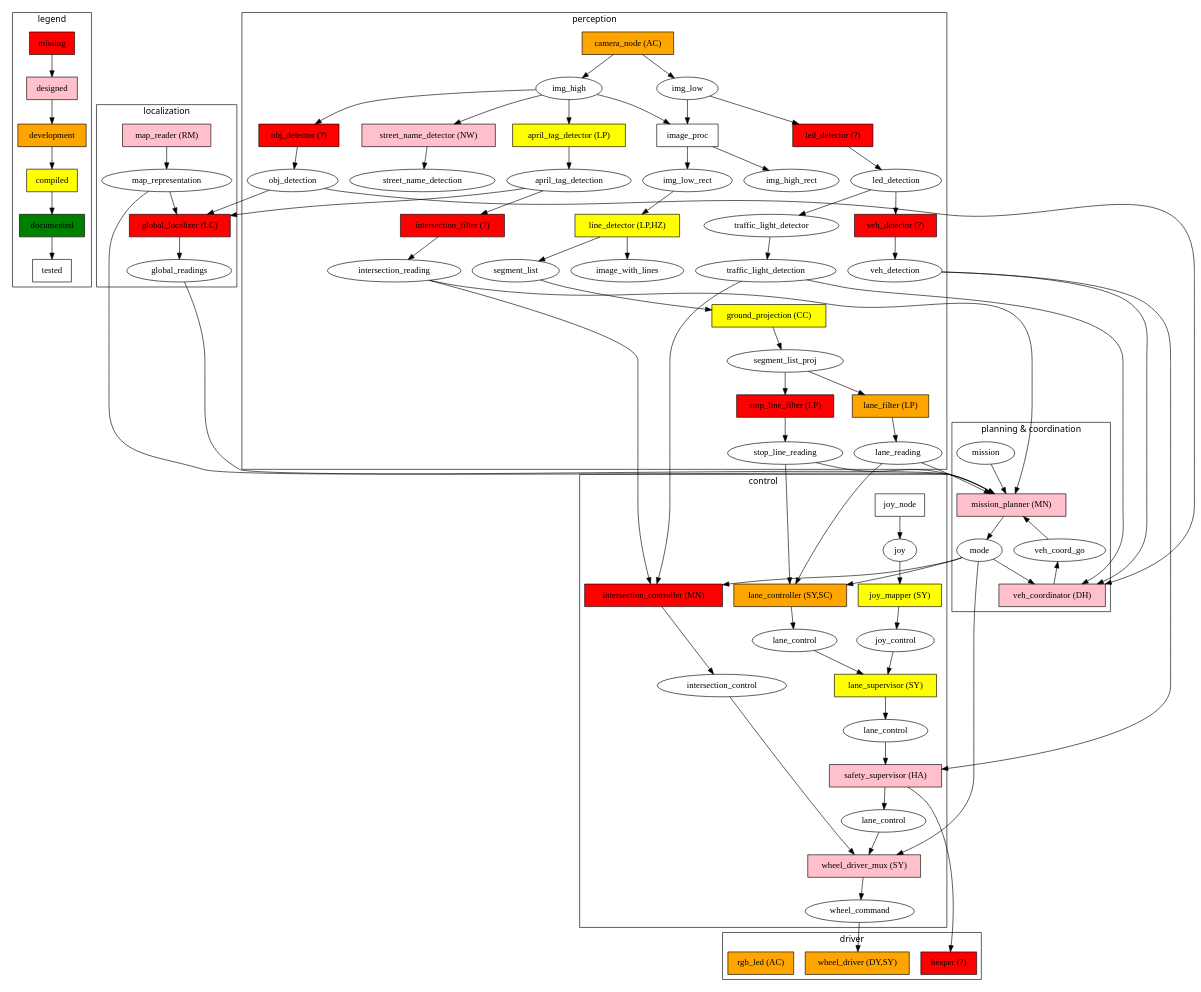
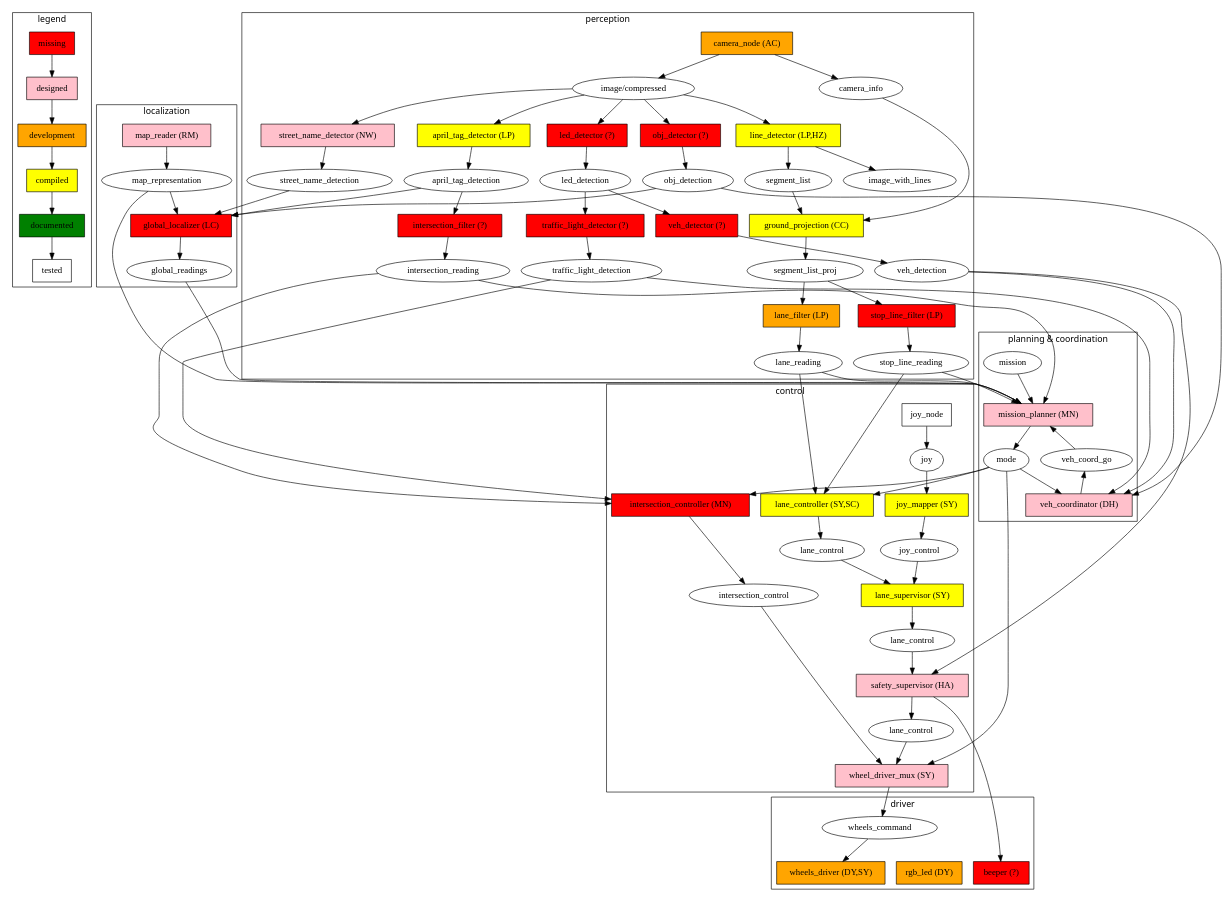
Before and after one commit to kungfrank/Knight_car: the diagram in ros_diagram/Duckietown_ROS_Diagram.dot, drawn with Graphviz.

Commit message:
Edit ROS diagram reflecting the new camera_node with compressed image.

```diff
--- a/ros_diagram/Duckietown_ROS_Diagram.dot
+++ b/ros_diagram/Duckietown_ROS_Diagram.dot
@@ -33,6 +33,8 @@
 		obj_detector[label="obj_detector (?)"];
 		beeper[label="beeper (?)"];
 		veh_detector[label="veh_detector (?)"];
+		traffic_light_detector[label="traffic_light_detector (?)"];
+		//img_downsampler[label="img_downsampler (?)"];
 	}
 	subgraph node_designed{
 		node [fillcolor=pink];
@@ -45,14 +47,14 @@
 	}
 	subgraph node_development{
 		node [fillcolor=orange];
-		wheel_driver[label="wheel_driver (DY,SY)"];
-		rgb_led[label="rgb_led (AC)"];
+		wheels_driver[label="wheels_driver (DY,SY)"];
+		rgb_led[label="rgb_led (DY)"];
 		camera_node[label="camera_node (AC)"];
 		lane_filter[label="lane_filter (LP)"]; 
-		lane_controller[label="lane_controller (SY,SC)"];
 	}
 	subgraph node_compiled{
 		node [fillcolor=yellow];
+		lane_controller[label="lane_controller (SY,SC)"];
 		line_detector[label="line_detector (LP,HZ)"];
 		april_tag_detector[label="april_tag_detector (LP)"];
 		lane_supervisor[label="lane_supervisor (SY)"];
@@ -65,12 +67,12 @@
 	subgraph node_tested{
 		node [fillcolor=white];
 		joy_node[label="joy_node"];
-		image_proc;
+		//image_proc;
 	}
 
 	// Nodes Definition
 
-	//{rank=max; wheel_driver;beeper;rgb_led}
+	//{rank=max; wheels_driver;beeper;rgb_led}
 	//{rank=min; map_reader;joy_node;camera_node}
 
 	//subgraph node_test {
@@ -84,8 +86,8 @@
 	node [shape=ellipse,style=""];
 	//{rank=same; mission; joy; map_representation;}
 	map_representation;
-	img_low;
-	img_high;
+	//img_low;
+	//img_high;
 	segment_list;
 	segment_list_proj;
 	image_with_lines;
@@ -106,10 +108,8 @@
 	joy_control;
 	intersection_control;
 	street_name_detection;
-	img_low_rect;
-	img_high_rect;
 	veh_coord_go;
-	wheel_command;
+	wheels_command;
 
 	subgraph cluster_perception{
 		label="perception"
@@ -126,13 +126,14 @@
 		traffic_light_detector;
 		intersection_filter;
 		street_name_detector;
-		image_proc;
+		//image_proc;
 		ground_projection;
+		//img_downsampler;
 		// Topics
 		segment_list;
 		segment_list_proj;
-		img_low;
-		img_high;
+		//img_low;
+		//img_high;
 		april_tag_detection;
 		lane_reading;
 		image_with_lines;
@@ -143,8 +144,10 @@
 		traffic_light_detection;
 		intersection_reading;
 		street_name_detection;
-		img_low_rect;
-		img_high_rect;
+		//img_low_rect;
+		//img_high_rect;
+		image_compressed[label="image/compressed"];
+		camera_info;
 	}
 
 	subgraph cluster_control{
@@ -164,7 +167,6 @@
 		lane_control_sup;
 		lane_control_safe;
 		intersection_control;
-		wheel_command;
 		{rank=same; intersection_controller;lane_controller;}
 	}
 
@@ -193,28 +195,34 @@
 	subgraph cluster_driver{
 		label="driver"
 		// Nodes
-		wheel_driver;
+		wheels_driver;
 		beeper;
 		rgb_led;
+		{rank=same; wheels_driver, beeper,rgb_led}
+		// Topics
+		wheels_command;
 	}
 
 
 	// Connections
-	img_low->image_proc;
-	img_high->image_proc;
-	image_proc->img_low_rect;
-	image_proc->img_high_rect;
+	//img_low->image_proc;
+	//img_high->image_proc;
+	//image_proc->img_low_rect;
+	//image_proc->img_high_rect;
 
-	camera_node->img_high;
-	camera_node->img_low;		
+	camera_node->camera_info;
+	camera_node->image_compressed;
 
-	img_low_rect->line_detector;
-	img_low->led_detector;
+	//image_compressed->img_downsampler;
+	//img_downsampler->img_high;
+	//img_downsampler->img_low;
+
+	image_compressed->line_detector;
+	image_compressed->led_detector;
 	
-	img_high->april_tag_detector;
-	img_high->obj_detector;
-
-	img_high->street_name_detector;
+	image_compressed->april_tag_detector;
+	image_compressed->obj_detector;
+	image_compressed->street_name_detector;
 	street_name_detector->street_name_detection;
 
 	led_detector->led_detection;
@@ -242,6 +250,7 @@
 	
 	obj_detector->obj_detection;
 	obj_detection->global_localizer;
+	street_name_detection->global_localizer;
 	april_tag_detector->april_tag_detection;
 	april_tag_detection->intersection_filter;
 	april_tag_detection->global_localizer;
@@ -270,6 +279,7 @@
 	mission_planner->mode;
 	mission->mission_planner;
 
+	camera_info->ground_projection;
 	segment_list->ground_projection;
 	ground_projection->segment_list_proj;
 
@@ -287,8 +297,8 @@
 	mode->wheel_driver_mux;
 	lane_control_safe->wheel_driver_mux;
 	intersection_control->wheel_driver_mux;
-	wheel_driver_mux->wheel_command;
-	wheel_command->wheel_driver;
+	wheel_driver_mux->wheels_command;
+	wheels_command->wheels_driver;
 
 	//TODO annotate msg type.
 }
```
